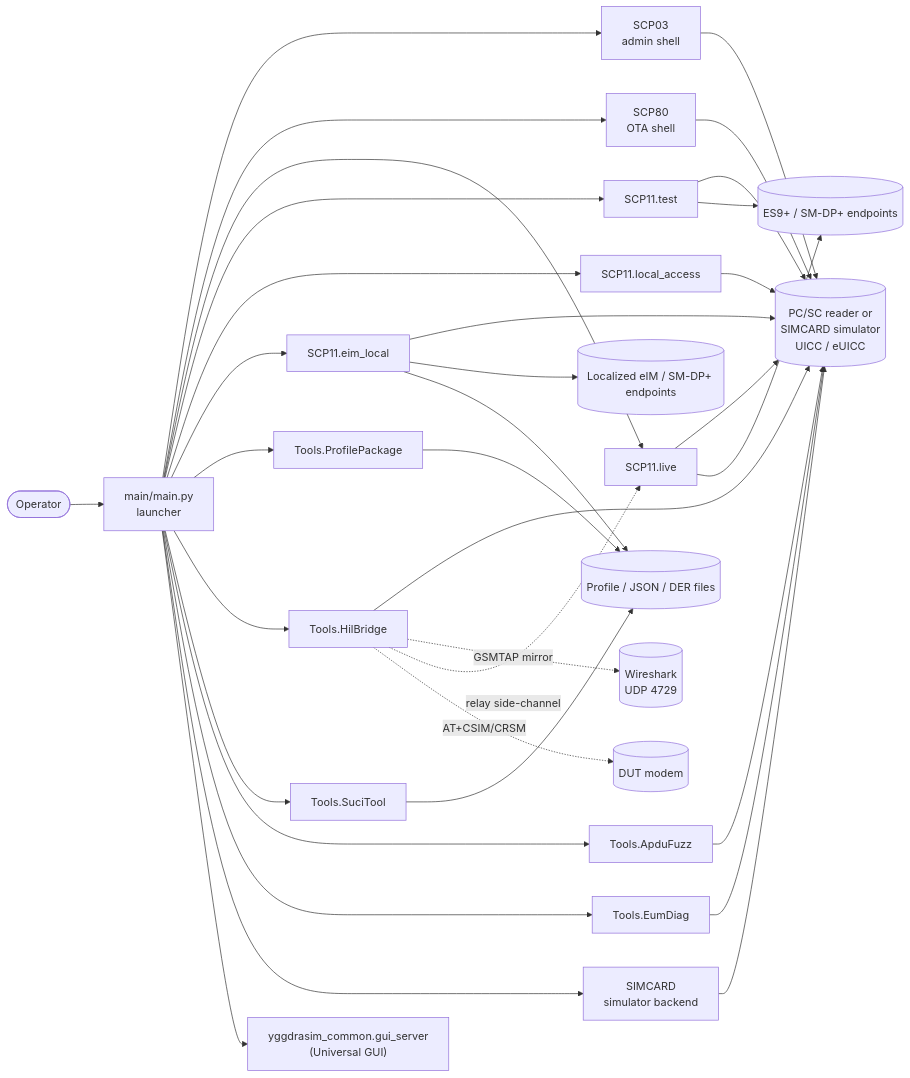
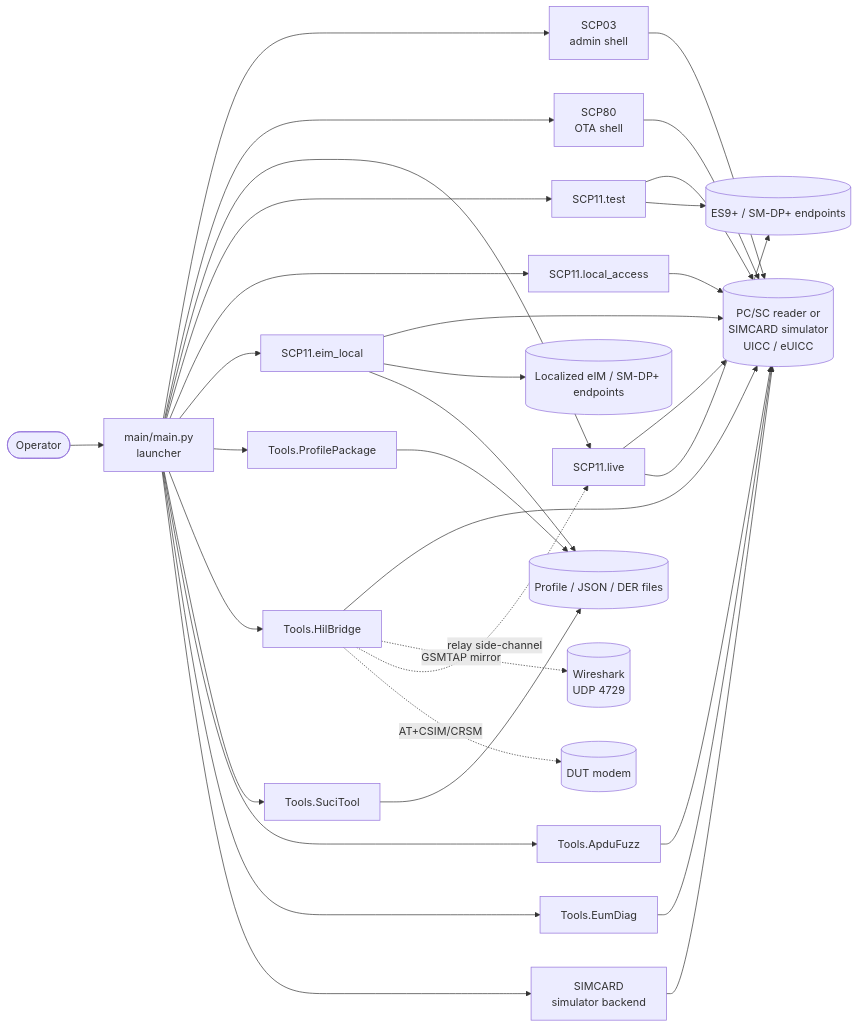
The first of 14 diagrams in site-docs/architecture.md (1oT/YggdraSIM), drawn with Mermaid before and after one commit. The commit also changed other lines of this file and 838 other files, not shown here.

````diff
--- a/site-docs/architecture.md
+++ b/site-docs/architecture.md
@@ -37,41 +37,40 @@
 ```mermaid
 flowchart LR
     Operator(["Operator"]) --> Launcher["main/main.py<br/>launcher"]
 
     Launcher --> SCP03["SCP03<br/>admin shell"]
     Launcher --> SCP80["SCP80<br/>OTA shell"]
     Launcher --> Live["SCP11.live"]
     Launcher --> Test["SCP11.test"]
     Launcher --> Local["SCP11.local_access"]
     Launcher --> EimLocal["SCP11.eim_local"]
     Launcher --> ProfileTool["Tools.ProfilePackage"]
     Launcher --> HilBridge["Tools.HilBridge"]
     Launcher --> Suci["Tools.SuciTool"]
     Launcher --> ApduFuzz["Tools.ApduFuzz"]
     Launcher --> EumDiag["Tools.EumDiag"]
     Launcher --> Simulator["SIMCARD<br/>simulator backend"]
-    Launcher --> GuiServer["yggdrasim_common.gui_server<br/>(Universal GUI)"]
 
     SCP03 --> Card[("PC/SC reader or<br/>SIMCARD simulator<br/>UICC / eUICC")]
     SCP80 --> Card
     Live --> Card
     Test --> Card
     Local --> Card
     EimLocal --> Card
     HilBridge --> Card
     ApduFuzz --> Card
     EumDiag --> Card
     Simulator --> Card
 
     Live --> Network[("ES9+ / SM-DP+ endpoints")]
     Test --> Network
     EimLocal --> LocalServices[("Localized eIM / SM-DP+ endpoints")]
 
     ProfileTool --> Files[("Profile / JSON / DER files")]
     Suci --> Files
     EimLocal --> Files
 
     HilBridge -. GSMTAP mirror .-> Wireshark[("Wireshark<br/>UDP 4729")]
     HilBridge -. relay side-channel .-> Live
     HilBridge -. AT+CSIM/CRSM .-> Modem[("DUT modem")]
 ```
````
